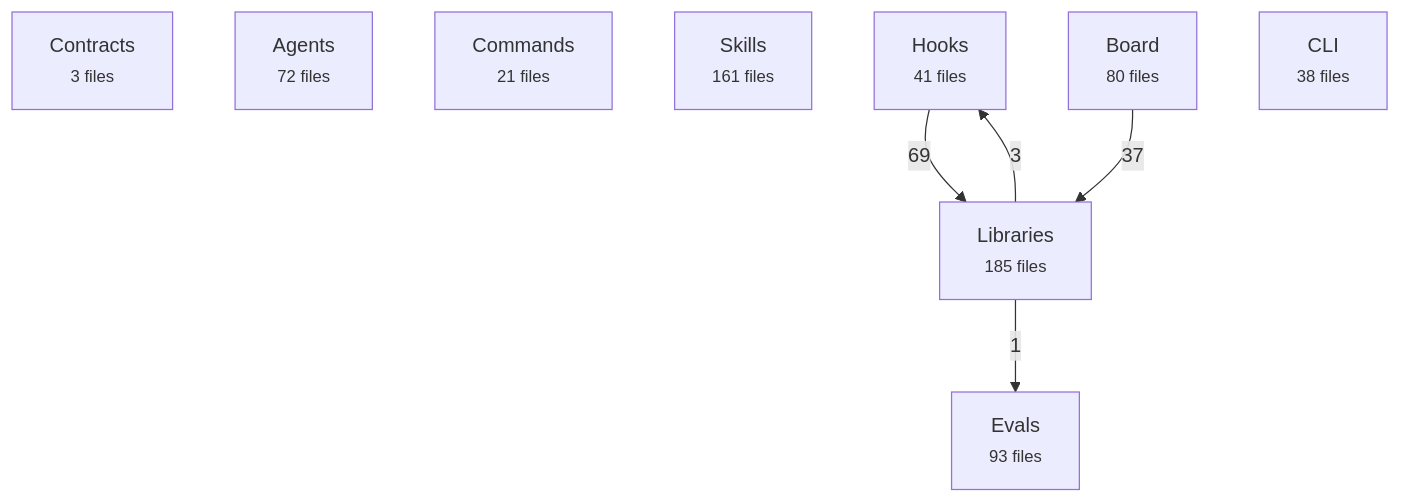
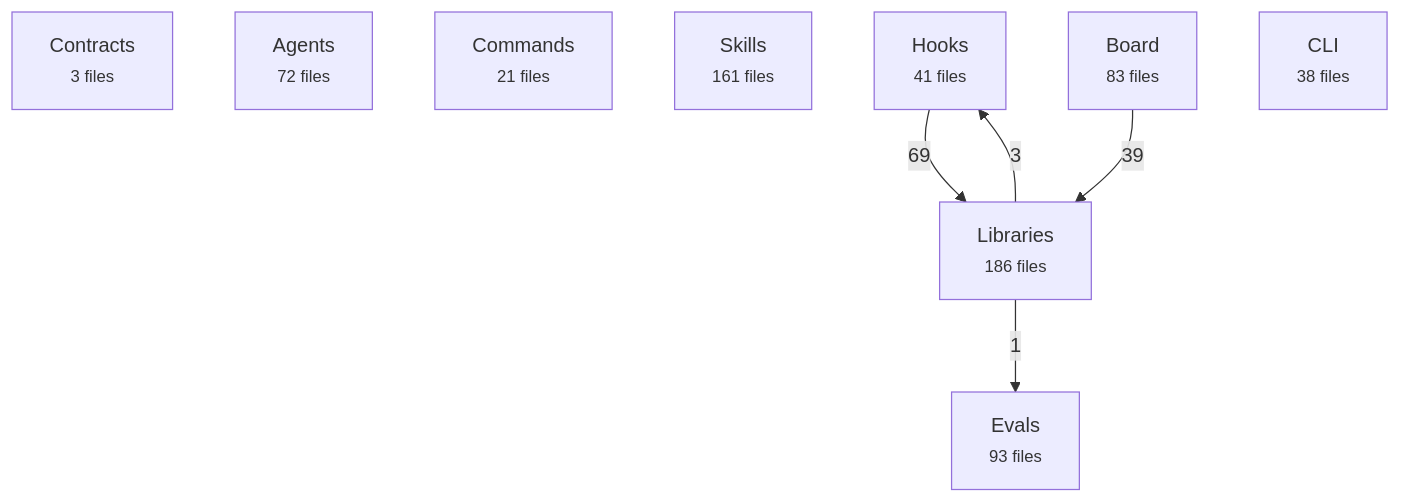
The first of 2 diagrams in docs/reference/architecture-map.md (avelikiy/great_cto), drawn with Mermaid before and after one commit. The commit also changed other lines of this file and 12 other files, not shown here.

````diff
--- a/docs/reference/architecture-map.md
+++ b/docs/reference/architecture-map.md
@@ -20,16 +20,16 @@
 ```mermaid
 flowchart TD
   contracts["Contracts<br/><small>3 files</small>"]
   agents["Agents<br/><small>72 files</small>"]
   commands["Commands<br/><small>21 files</small>"]
   skills["Skills<br/><small>161 files</small>"]
   hooks["Hooks<br/><small>41 files</small>"]
-  libs["Libraries<br/><small>185 files</small>"]
-  board["Board<br/><small>80 files</small>"]
+  libs["Libraries<br/><small>186 files</small>"]
+  board["Board<br/><small>83 files</small>"]
   cli["CLI<br/><small>38 files</small>"]
   evals["Evals<br/><small>93 files</small>"]
   hooks -->|69| libs
-  board -->|37| libs
+  board -->|39| libs
   libs -->|3| hooks
   libs -->|1| evals
 ```
````
